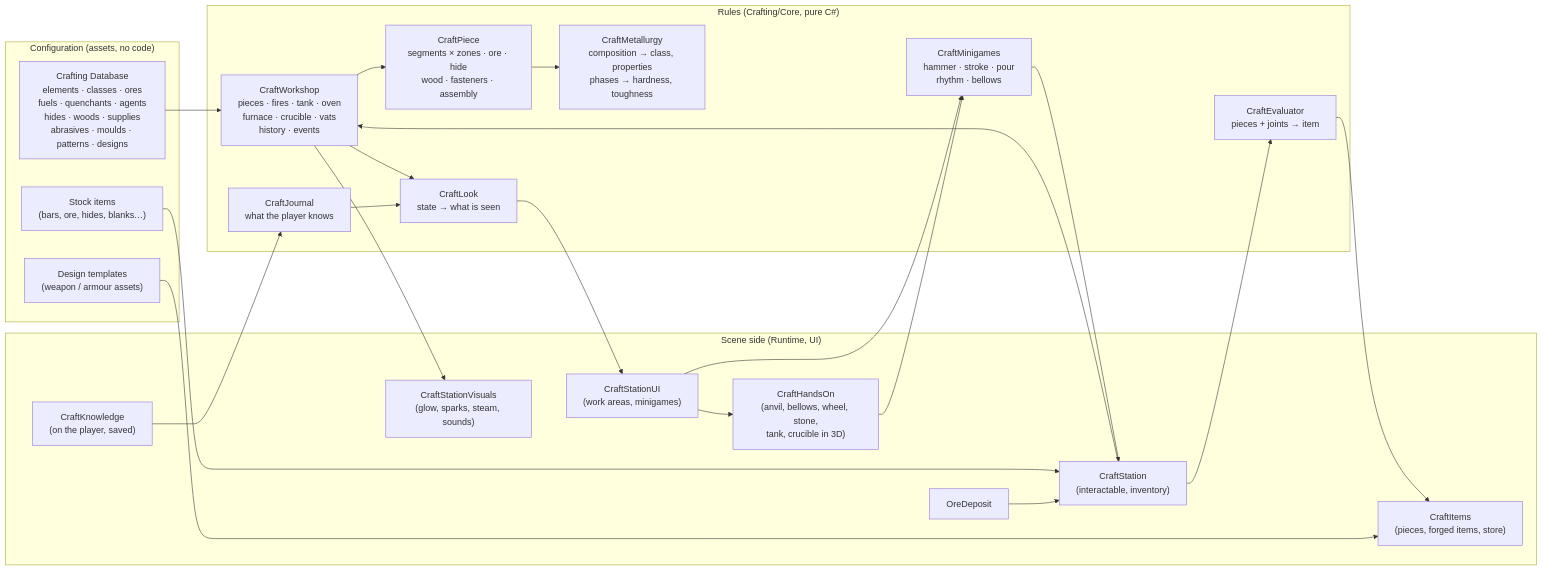
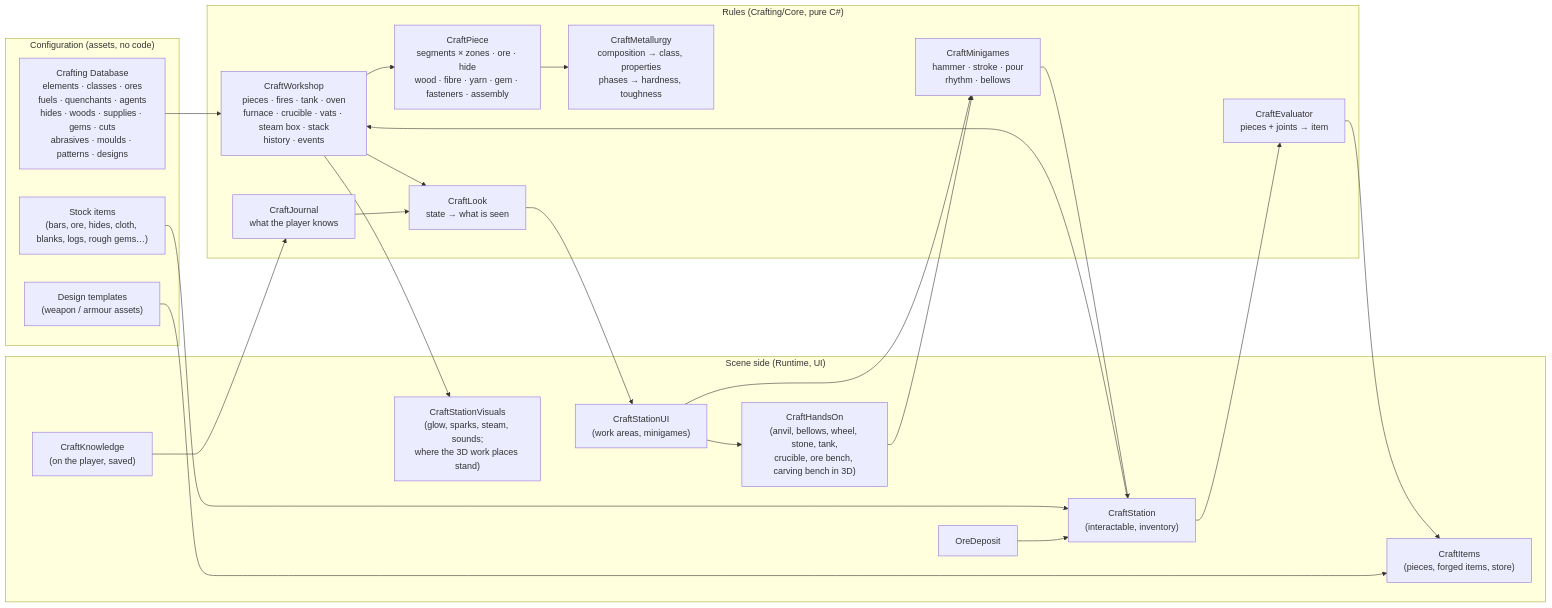
One commit to Kaynan-Jamelaumn/SimpleMovementsUnityPackage changed the diagram in Documentation/Crafting/README.md. Above: the diagram before and after it, drawn with Mermaid. The commit also changed other lines of this file and 157 other files, not shown here.

````diff
--- a/Documentation/Crafting/README.md
+++ b/Documentation/Crafting/README.md
@@ -44,40 +54,40 @@
 ```mermaid
 flowchart LR
     subgraph Data["Configuration (assets, no code)"]
-        DB["Crafting Database<br/>elements · classes · ores<br/>fuels · quenchants · agents<br/>hides · woods · supplies<br/>abrasives · moulds · patterns · designs"]
+        DB["Crafting Database<br/>elements · classes · ores<br/>fuels · quenchants · agents<br/>hides · woods · supplies · gems · cuts<br/>abrasives · moulds · patterns · designs"]
         TPL["Design templates<br/>(weapon / armour assets)"]
-        STK["Stock items<br/>(bars, ore, hides, blanks…)"]
+        STK["Stock items<br/>(bars, ore, hides, cloth, blanks, logs, rough gems…)"]
     end
     subgraph Core["Rules (Crafting/Core, pure C#)"]
-        WS["CraftWorkshop<br/>pieces · fires · tank · oven<br/>furnace · crucible · vats<br/>history · events"]
-        PIECE["CraftPiece<br/>segments × zones · ore · hide<br/>wood · fasteners · assembly"]
+        WS["CraftWorkshop<br/>pieces · fires · tank · oven<br/>furnace · crucible · vats · steam box · stack<br/>history · events"]
+        PIECE["CraftPiece<br/>segments × zones · ore · hide<br/>wood · fibre · yarn · gem · fasteners · assembly"]
         MET["CraftMetallurgy<br/>composition → class, properties<br/>phases → hardness, toughness"]
         EVAL["CraftEvaluator<br/>pieces + joints → item"]
         LOOK["CraftLook<br/>state → what is seen"]
         JOUR["CraftJournal<br/>what the player knows"]
         HANDS["CraftMinigames<br/>hammer · stroke · pour<br/>rhythm · bellows"]
     end
     subgraph Scene["Scene side (Runtime, UI)"]
         ST["CraftStation<br/>(interactable, inventory)"]
         UI["CraftStationUI<br/>(work areas, minigames)"]
-        HO["CraftHandsOn<br/>(anvil, bellows, wheel, stone,<br/>tank, crucible in 3D)"]
-        VIS["CraftStationVisuals<br/>(glow, sparks, steam, sounds)"]
+        HO["CraftHandsOn<br/>(anvil, bellows, wheel, stone, tank,<br/>crucible, ore bench, carving bench in 3D)"]
+        VIS["CraftStationVisuals<br/>(glow, sparks, steam, sounds;<br/>where the 3D work places stand)"]
         KN["CraftKnowledge<br/>(on the player, saved)"]
         DEP["OreDeposit"]
         ITEMS["CraftItems<br/>(pieces, forged items, store)"]
     end
     DB --> WS
     STK --> ST
     DEP --> ST
     ST --> WS
     WS --> PIECE
     PIECE --> MET
     UI --> HANDS --> ST
     UI --> HO --> HANDS
     ST --> EVAL --> ITEMS
     TPL --> ITEMS
     WS --> LOOK --> UI
     JOUR --> LOOK
     KN --> JOUR
     WS --> VIS
 ```
````
